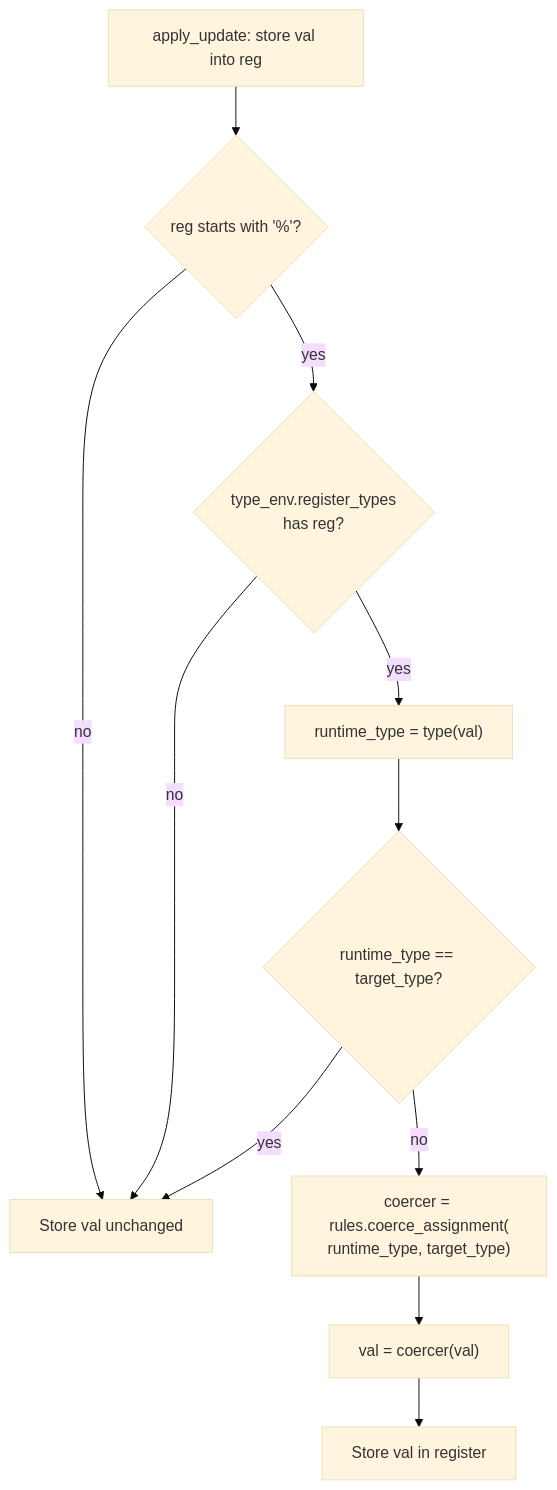
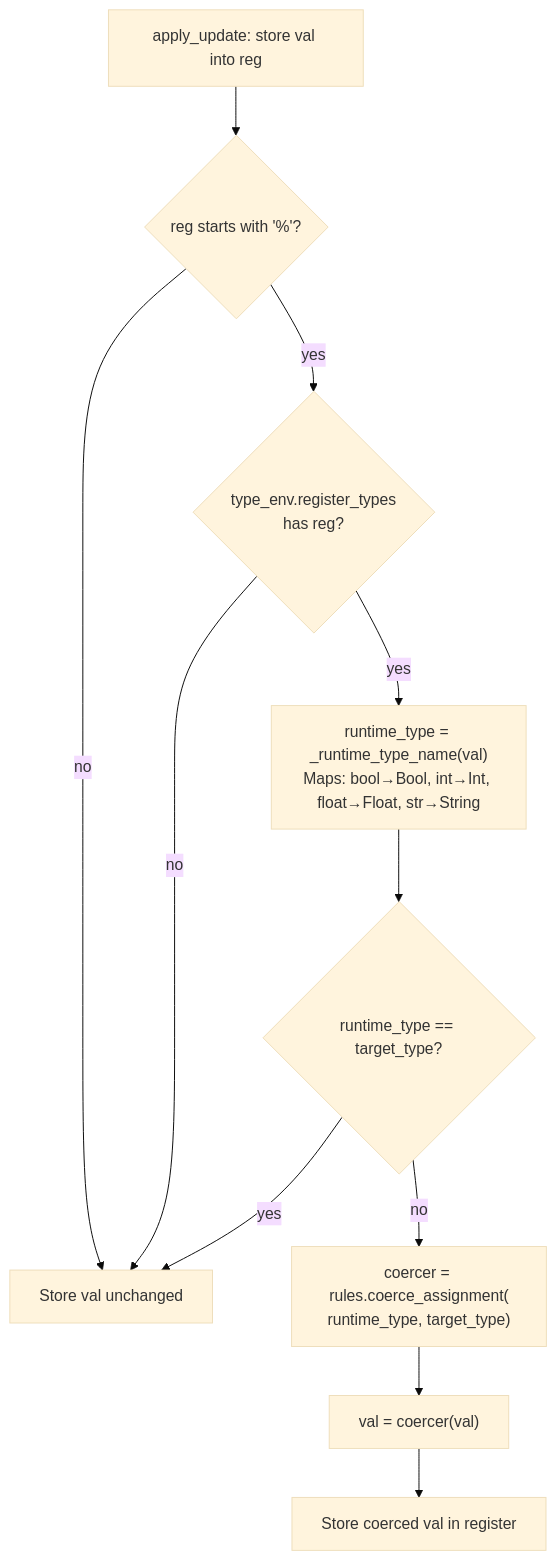
The seventh of 10 diagrams in docs/type-system.md (avishek-sen-gupta/red-dragon), drawn with Mermaid (base theme) before and after one commit. The commit also changed other lines of this file, not shown here.

First line of the commit message:
Expand type system design doc from 553 to 1300 lines with comprehensive detail

````diff
--- a/docs/type-system.md
+++ b/docs/type-system.md
@@ -369,23 +992,23 @@
 ```mermaid
 flowchart TD
     WRITE["apply_update: store val into reg"]
     IS_REG{reg starts with '%'?}
     HAS_TYPE{"type_env.register_types<br/>has reg?"}
-    RT["runtime_type = type(val)"]
+    RT["runtime_type = _runtime_type_name(val)<br/>Maps: bool→Bool, int→Int, float→Float, str→String"]
     MATCH{runtime_type == target_type?}
     COERCE["coercer = rules.coerce_assignment(<br/>runtime_type, target_type)"]
     APPLY["val = coercer(val)"]
-    STORE["Store val in register"]
+    STORE["Store coerced val in register"]
     PASS["Store val unchanged"]
 
     WRITE --> IS_REG
     IS_REG -->|no| PASS
     IS_REG -->|yes| HAS_TYPE
     HAS_TYPE -->|no| PASS
     HAS_TYPE -->|yes| RT
     RT --> MATCH
     MATCH -->|yes| PASS
     MATCH -->|no| COERCE
     COERCE --> APPLY
     APPLY --> STORE
 ```
````
